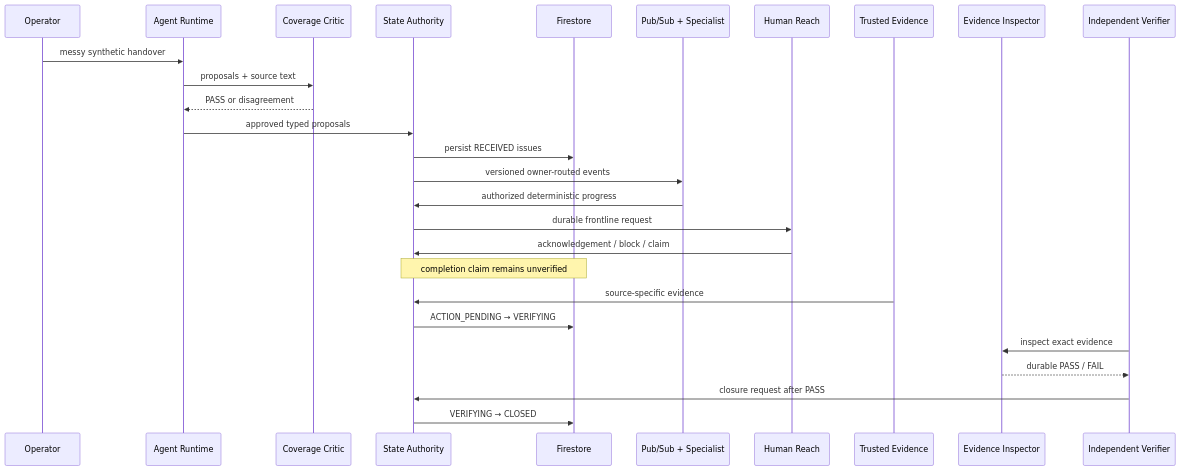
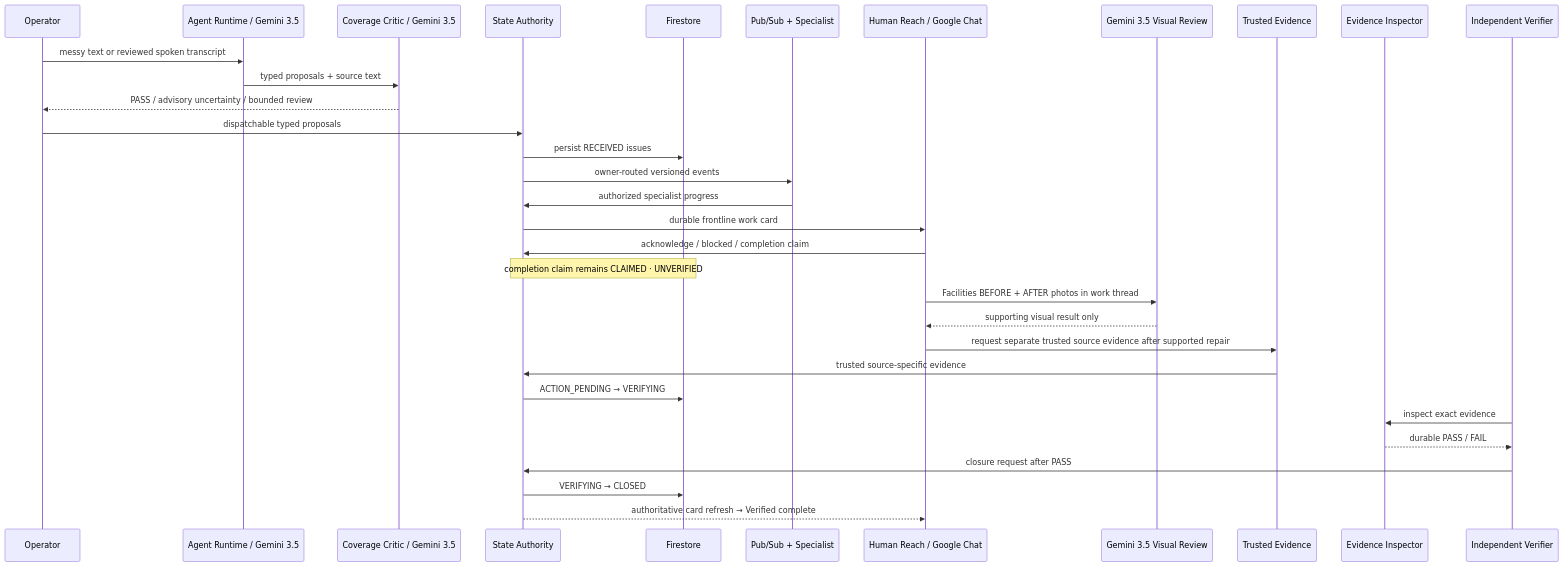
One commit to Paddyboy76/next-shift changed the diagram in docs/architecture.md. Above: the diagram before and after it, drawn with Mermaid. The commit also changed other lines of this file and 49 other files, not shown here.

````diff
--- a/docs/architecture.md
+++ b/docs/architecture.md
@@ -22,29 +39,35 @@
 ```mermaid
 sequenceDiagram
     participant O as Operator
-    participant A as Agent Runtime
-    participant C as Coverage Critic
+    participant A as Agent Runtime / Gemini 3.5
+    participant C as Coverage Critic / Gemini 3.5
     participant S as State Authority
     participant F as Firestore
     participant P as Pub/Sub + Specialist
-    participant H as Human Reach
+    participant H as Human Reach / Google Chat
+    participant G as Gemini 3.5 Visual Review
     participant E as Trusted Evidence
     participant I as Evidence Inspector
     participant V as Independent Verifier
-    O->>A: messy synthetic handover
-    A->>C: proposals + source text
-    C-->>A: PASS or disagreement
-    A->>S: approved typed proposals
+
+    O->>A: messy text or reviewed spoken transcript
+    A->>C: typed proposals + source text
+    C-->>O: PASS / advisory uncertainty / bounded review
+    O->>S: dispatchable typed proposals
     S->>F: persist RECEIVED issues
-    S->>P: versioned owner-routed events
-    P->>S: authorized deterministic progress
-    S->>H: durable frontline request
-    H->>S: acknowledgement / block / claim
-    Note over S,F: completion claim remains unverified
-    E->>S: source-specific evidence
+    S->>P: owner-routed versioned events
+    P->>S: authorized specialist progress
+    S->>H: durable frontline work card
+    H->>S: acknowledge / blocked / completion claim
+    Note over S,F: completion claim remains CLAIMED · UNVERIFIED
+    H->>G: Facilities BEFORE + AFTER photos in work thread
+    G-->>H: supporting visual result only
+    H->>E: request separate trusted source evidence after supported repair
+    E->>S: trusted source-specific evidence
     S->>F: ACTION_PENDING → VERIFYING
     V->>I: inspect exact evidence
     I-->>V: durable PASS / FAIL
     V->>S: closure request after PASS
     S->>F: VERIFYING → CLOSED
+    S-->>H: authoritative card refresh → Verified complete
 ```
````
